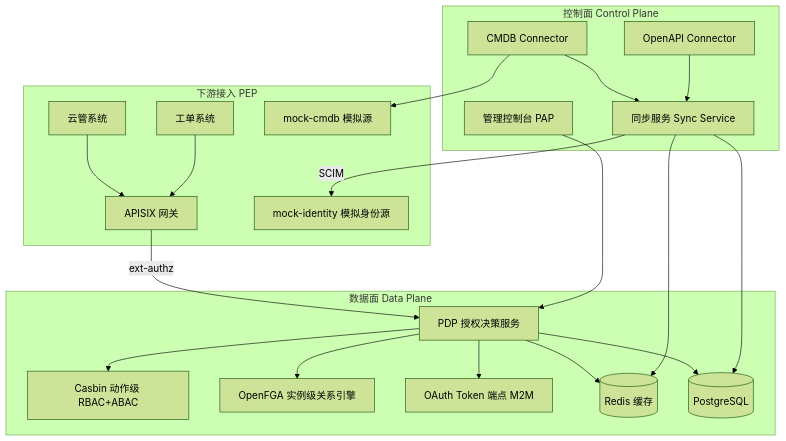
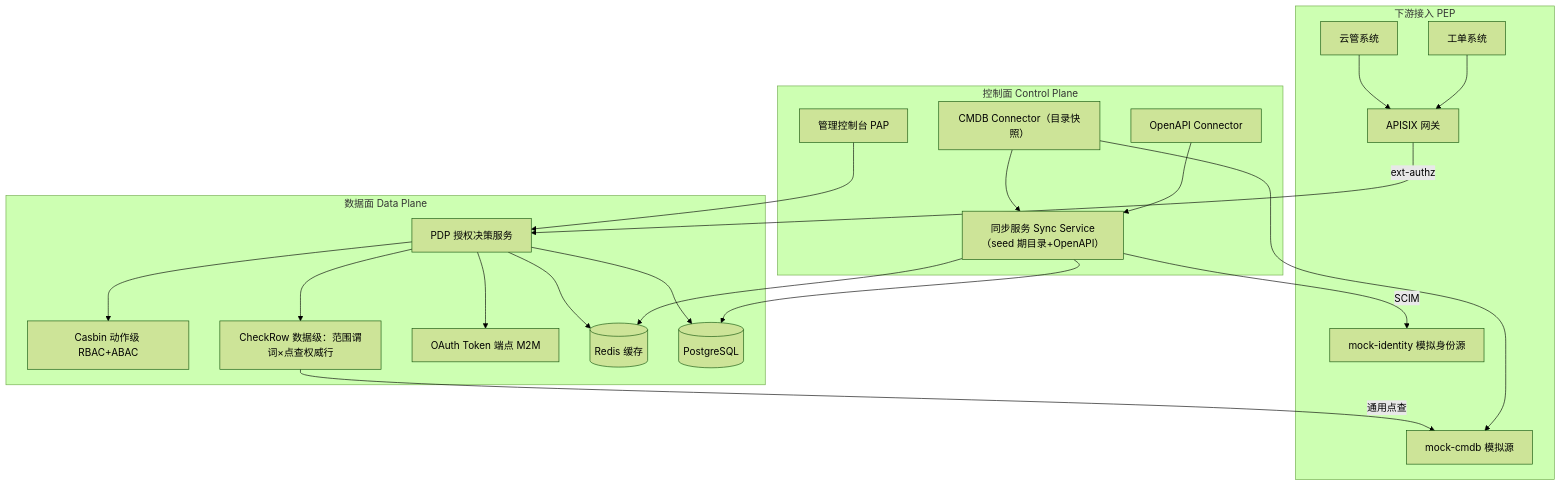
The diagram in projects/PermissionCenter/docs/architecture.md (Ailexc/devops-platform), drawn with Mermaid (forest theme) before and after one commit. The commit also changed other lines of this file and 1 other file, not shown here.

First line of the commit message:
docs(iam): T3-D 当前态文档 1.5 化——architecture.md/README 投影/OpenFGA/新鲜度引用全清（实施清单 T3）

````diff
--- a/projects/PermissionCenter/docs/architecture.md
+++ b/projects/PermissionCenter/docs/architecture.md
@@ -82,39 +78,40 @@
 ```mermaid
 flowchart TB
     subgraph CP[控制面 Control Plane]
         PAP[管理控制台 PAP]
-        SYNC[同步服务 Sync Service]
+        SYNC[同步服务 Sync Service（seed 期目录+OpenAPI）]
         OC[OpenAPI Connector]
-        CC[CMDB Connector]
+        CC[CMDB Connector（目录快照）]
     end
     subgraph DP[数据面 Data Plane]
         PDP[PDP 授权决策服务]
         PE[Casbin 动作级 RBAC+ABAC]
-        OF[OpenFGA 实例级关系引擎]
+        CR[CheckRow 数据级：范围谓词×点查权威行]
         T[OAuth Token 端点 M2M]
         RD[(Redis 缓存)]
         PG[(PostgreSQL)]
     end
     subgraph DS[下游接入 PEP]
         GW[APISIX 网关]
         APP1[工单系统]
         APP2[云管系统]
         CMDB1[mock-cmdb 模拟源]
         ID1[mock-identity 模拟身份源]
     end
     PAP --> PDP
     OC --> SYNC
     CC --> SYNC
     CC --> CMDB1
     SYNC -- SCIM --> ID1
     SYNC --> PG
     SYNC --> RD
     PDP --> PE
-    PDP --> OF
+    PDP --> CR
     PDP --> T
     PDP --> RD
     PDP --> PG
+    CR -- 通用点查 --> CMDB1
     GW -- ext-authz --> PDP
     APP1 --> GW
     APP2 --> GW
 ```
````
